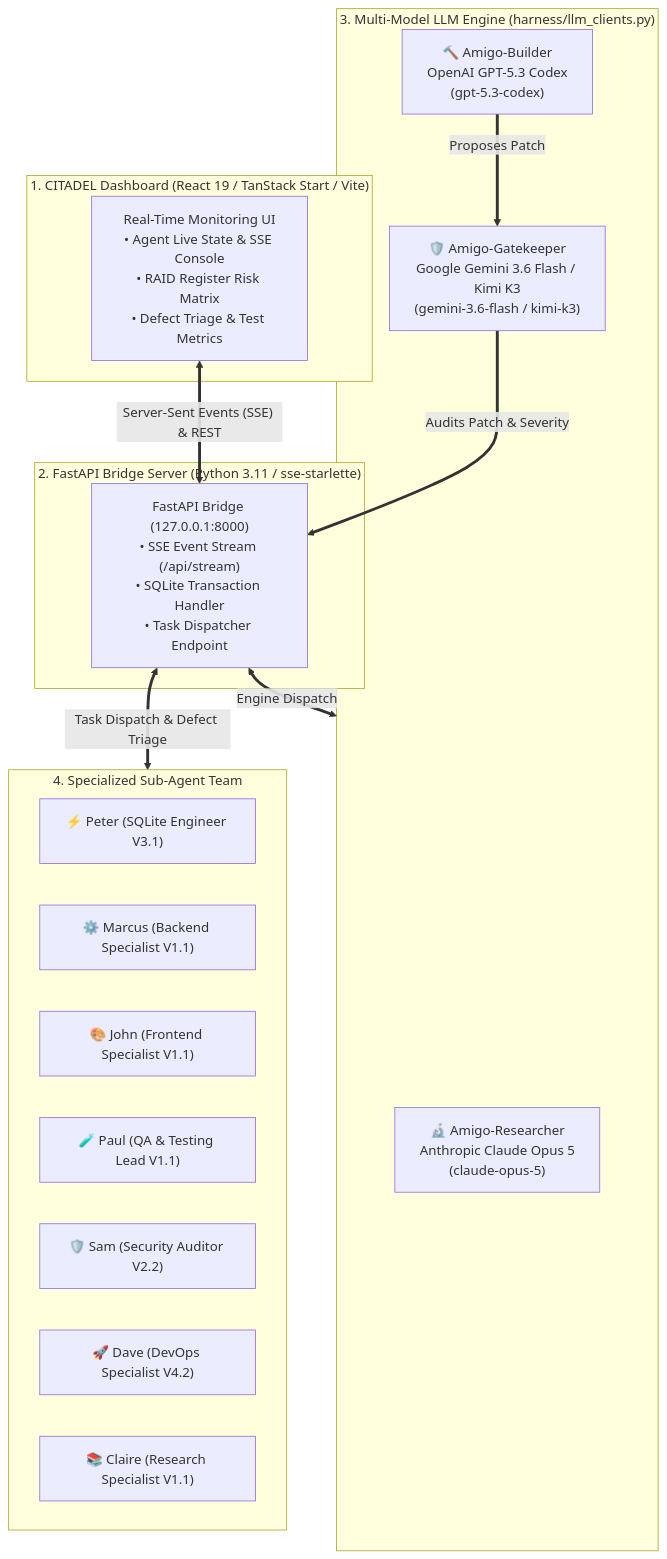
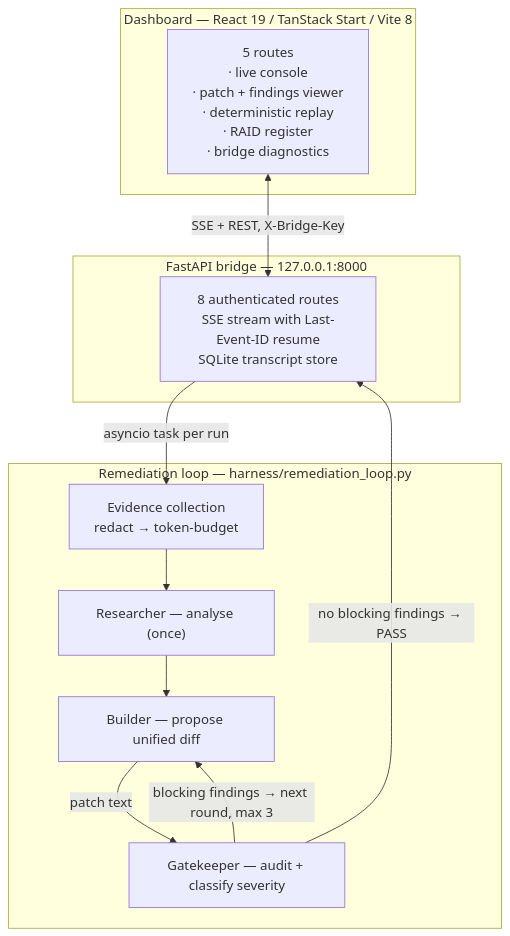
The diagram in README.md (hanax-ai/sdd-core-citadel), drawn with Mermaid before and after one commit. The commit also changed other lines of this file, not shown here.

````diff
--- a/README.md
+++ b/README.md
@@ -12,32 +92,24 @@
 ```mermaid
 flowchart TD
-    subgraph DashboardLayer ["1. CITADEL Dashboard (React 19 / TanStack Start / Vite)"]
-        UI["Real-Time Monitoring UI<br/>• Agent Live State & SSE Console<br/>• RAID Register Risk Matrix<br/>• Defect Triage & Test Metrics"]
+    subgraph DASH["Dashboard — React 19 / TanStack Start / Vite 8"]
+        UI["5 routes<br/>· live console<br/>· patch + findings viewer<br/>· deterministic replay<br/>· RAID register<br/>· bridge diagnostics"]
     end
 
-    subgraph BridgeLayer ["2. FastAPI Bridge Server (Python 3.11 / sse-starlette)"]
-        Bridge["FastAPI Bridge (127.0.0.1:8000)<br/>• SSE Event Stream (/api/stream)<br/>• SQLite Transaction Handler<br/>• Task Dispatcher Endpoint"]
+    subgraph BRIDGE["FastAPI bridge — 127.0.0.1:8000"]
+        API["8 authenticated routes<br/>SSE stream with Last-Event-ID resume<br/>SQLite transcript store"]
     end
 
-    subgraph CoreEngine ["3. Multi-Model LLM Engine (harness/llm_clients.py)"]
-        Researcher["🔬 Amigo-Researcher<br/>Anthropic Claude Opus 5<br/>(claude-opus-5)"]
-        Builder["🔨 Amigo-Builder<br/>OpenAI GPT-5.3 Codex<br/>(gpt-5.3-codex)"]
-        Gatekeeper["🛡️ Amigo-Gatekeeper<br/>Google Gemini 3.6 Flash / Kimi K3<br/>(gemini-3.6-flash / kimi-k3)"]
+    subgraph LOOP["Remediation loop — harness/remediation_loop.py"]
+        EV["Evidence collection<br/>redact → token-budget"]
+        R["Researcher — analyse (once)"]
+        B["Builder — propose unified diff"]
+        G["Gatekeeper — audit + classify severity"]
     end
 
-    subgraph LocalAgents ["4. Specialized Sub-Agent Team"]
-        Peter["⚡ Peter (SQLite Engineer V3.1)"]
-        Marcus["⚙️ Marcus (Backend Specialist V1.1)"]
-        John["🎨 John (Frontend Specialist V1.1)"]
-        Paul["🧪 Paul (QA & Testing Lead V1.1)"]
-        Sam["🛡️ Sam (Security Auditor V2.2)"]
-        Dave["🚀 Dave (DevOps Specialist V4.2)"]
-        Claire["📚 Claire (Research Specialist V1.1)"]
-    end
-
-    UI <==>|"Server-Sent Events (SSE) & REST"| Bridge
-    Bridge <==>|"Engine Dispatch"| CoreEngine
-    Bridge <==>|"Task Dispatch & Defect Triage"| LocalAgents
-    Builder ==>|"Proposes Patch"| Gatekeeper
-    Gatekeeper ==>|"Audits Patch & Severity"| Bridge
+    UI <-->|"SSE + REST, X-Bridge-Key"| API
+    API -->|"asyncio task per run"| EV
+    EV --> R --> B
+    B -->|"patch text"| G
+    G -->|"blocking findings → next round, max 3"| B
+    G -->|"no blocking findings → PASS"| API
 ```
````
